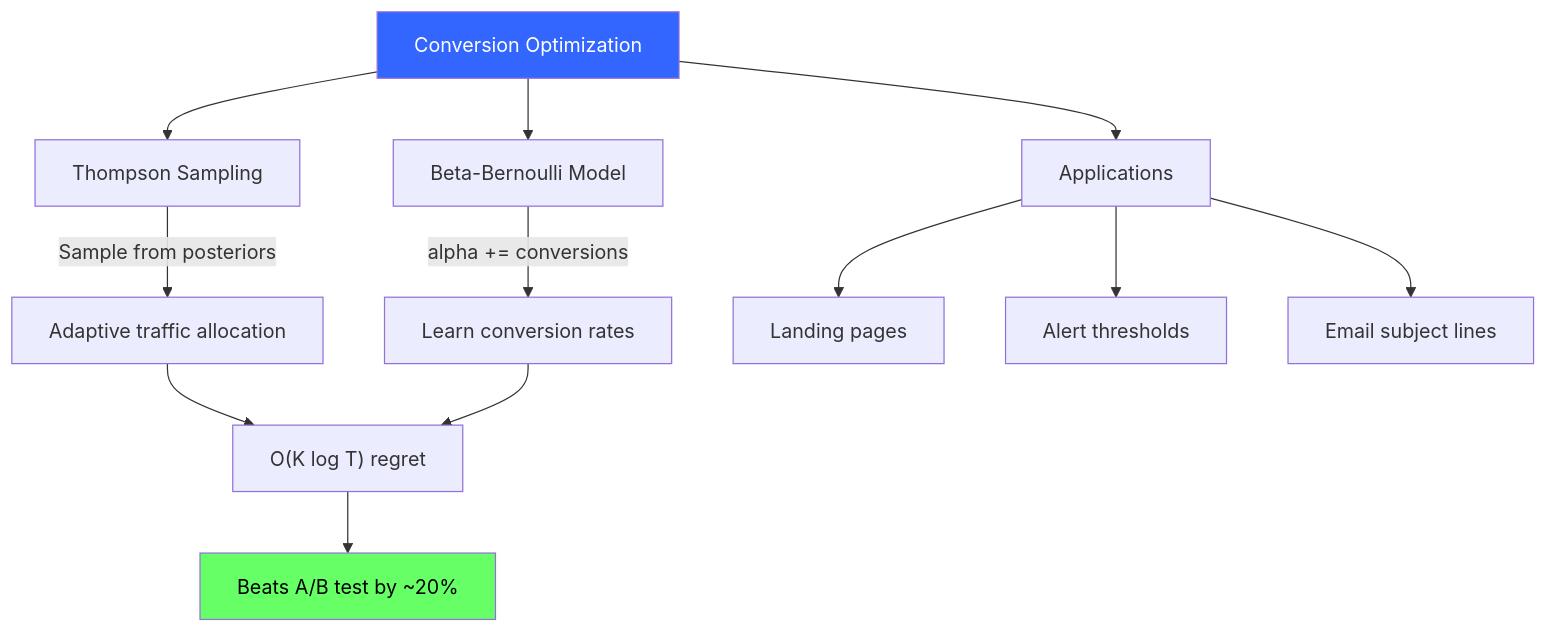
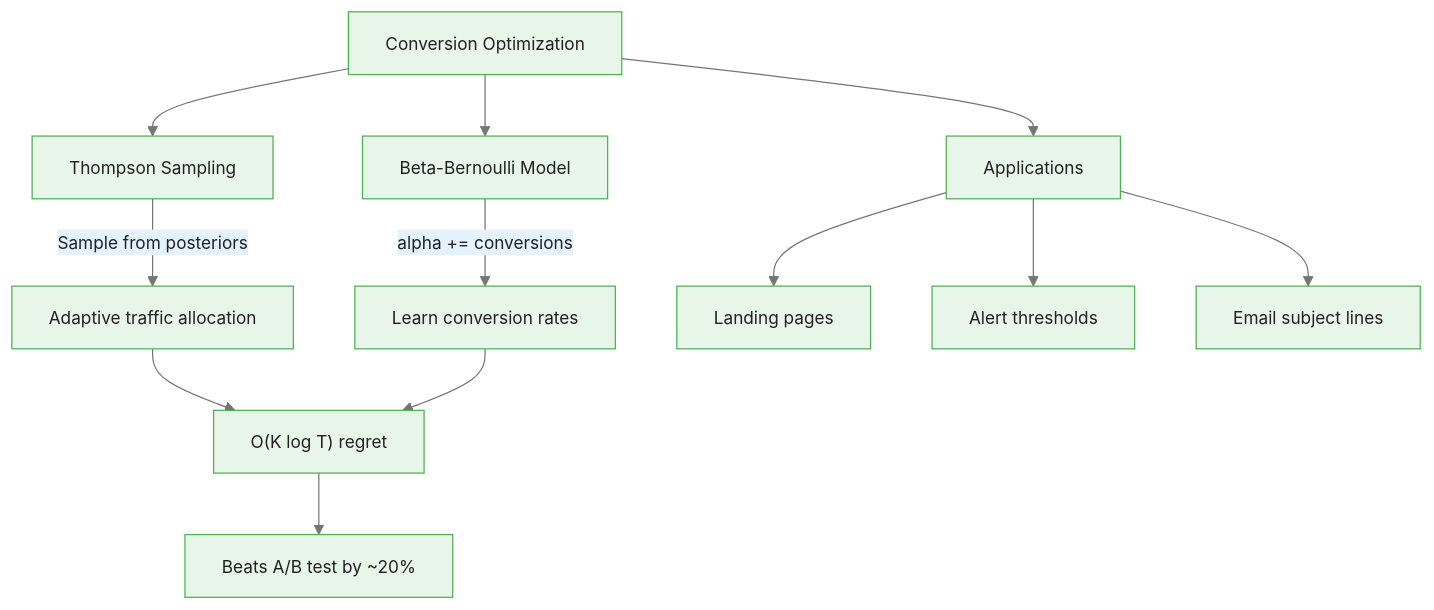
One commit to m-deane/course-creator changed the fourth of 4 diagrams in courses/multi-armed-bandits-ab-testing/modules/module_04_content_growth_optimization/guides/02_conversion_optimization_slides.md. Above: the diagram before and after it, drawn with Mermaid. The commit also changed other lines of this file and 146 other files, not shown here.

````diff
--- a/courses/multi-armed-bandits-ab-testing/modules/module_04_content_growth_optimization/guides/02_conversion_optimization_slides.md
+++ b/courses/multi-armed-bandits-ab-testing/modules/module_04_content_growth_optimization/guides/02_conversion_optimization_slides.md
@@ -305,19 +341,17 @@
 ```mermaid
+%%{init: {"theme": "base", "themeVariables": {"primaryColor": "#e8f5e9", "primaryBorderColor": "#4caf50", "primaryTextColor": "#212121", "secondaryColor": "#e3f2fd", "tertiaryColor": "#fff8e1", "lineColor": "#757575", "fontFamily": "Inter, sans-serif", "fontSize": "14px"}}}%%
 flowchart TD
     CO["Conversion Optimization"] --> TS_co["Thompson Sampling"]
     CO --> Beta_co["Beta-Bernoulli Model"]
     CO --> Apps["Applications"]
 
     TS_co --> |"Sample from posteriors"| Adapt["Adaptive traffic allocation"]
     Beta_co --> |"alpha += conversions"| Learn["Learn conversion rates"]
     Apps --> Landing["Landing pages"]
     Apps --> Alerts["Alert thresholds"]
     Apps --> Email["Email subject lines"]
 
     Adapt --> Regret["O(K log T) regret"]
     Learn --> Regret
     Regret --> Win["Beats A/B test by ~20%"]
-
-    style CO fill:#36f,color:#fff
-    style Win fill:#6f6,color:#000
 ```
````
